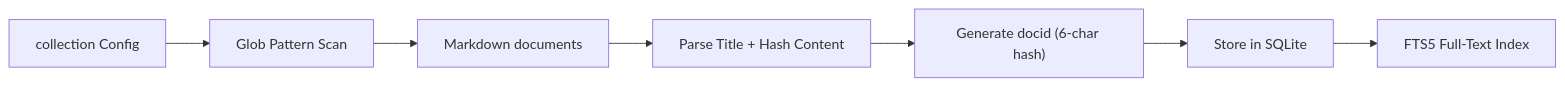
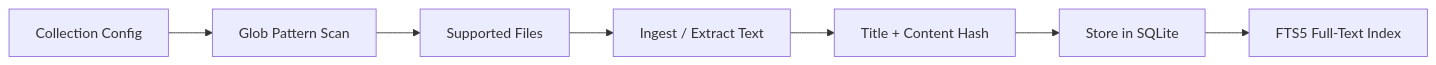
The third of 4 diagrams in README.md (ambicuity/KINDX), drawn with Mermaid before and after one commit. The commit also changed other lines of this file and 43 other files, not shown here.

````diff
--- a/README.md
+++ b/README.md
@@ -1064,9 +553,9 @@
 ```mermaid
 flowchart LR
-    COL["collection Config"] --> GLOB["Glob Pattern Scan"]
-    GLOB --> MD["Markdown documents"]
-    MD --> PARSE["Parse Title + Hash Content"]
-    PARSE --> DOCID["Generate docid (6-char hash)"]
-    DOCID --> SQL["Store in SQLite"]
+    COL["Collection Config"] --> GLOB["Glob Pattern Scan"]
+    GLOB --> FILES["Supported Files"]
+    FILES --> INGEST["Ingest / Extract Text"]
+    INGEST --> PARSE["Title + Content Hash"]
+    PARSE --> SQL["Store in SQLite"]
     SQL --> FTS["FTS5 Full-Text Index"]
 ```
````
